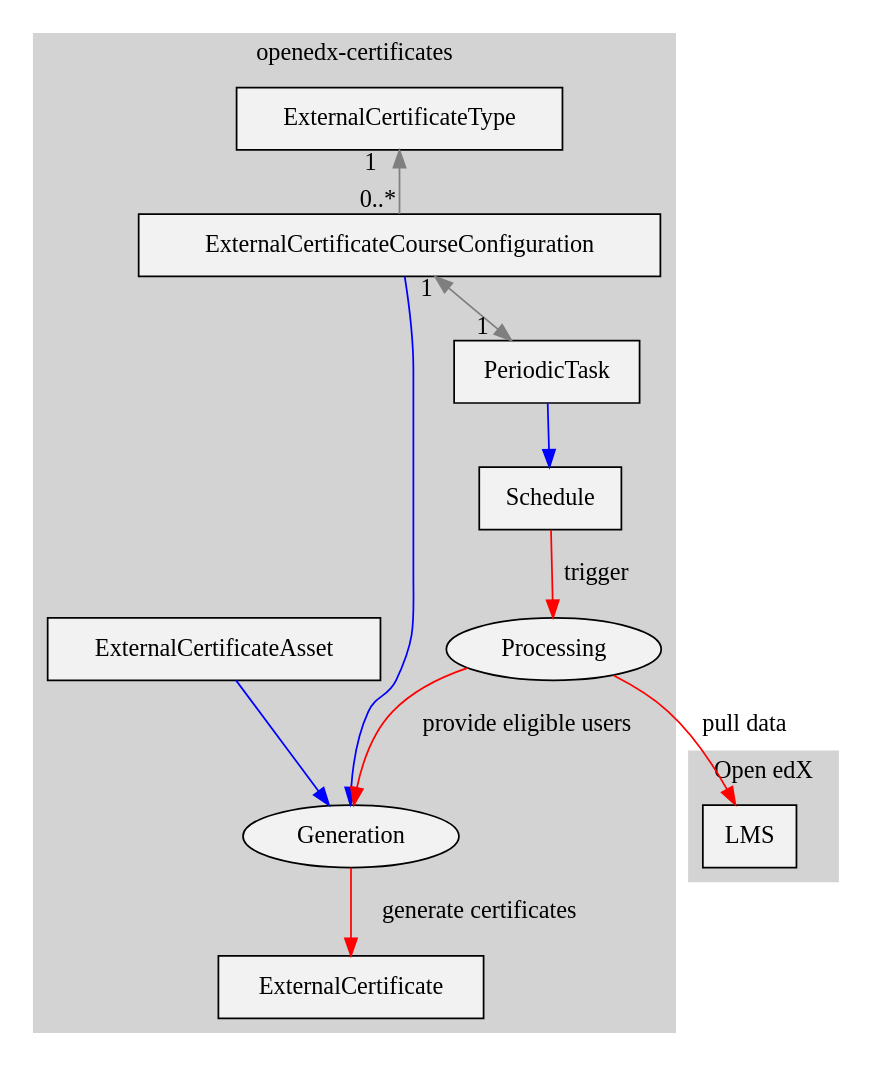
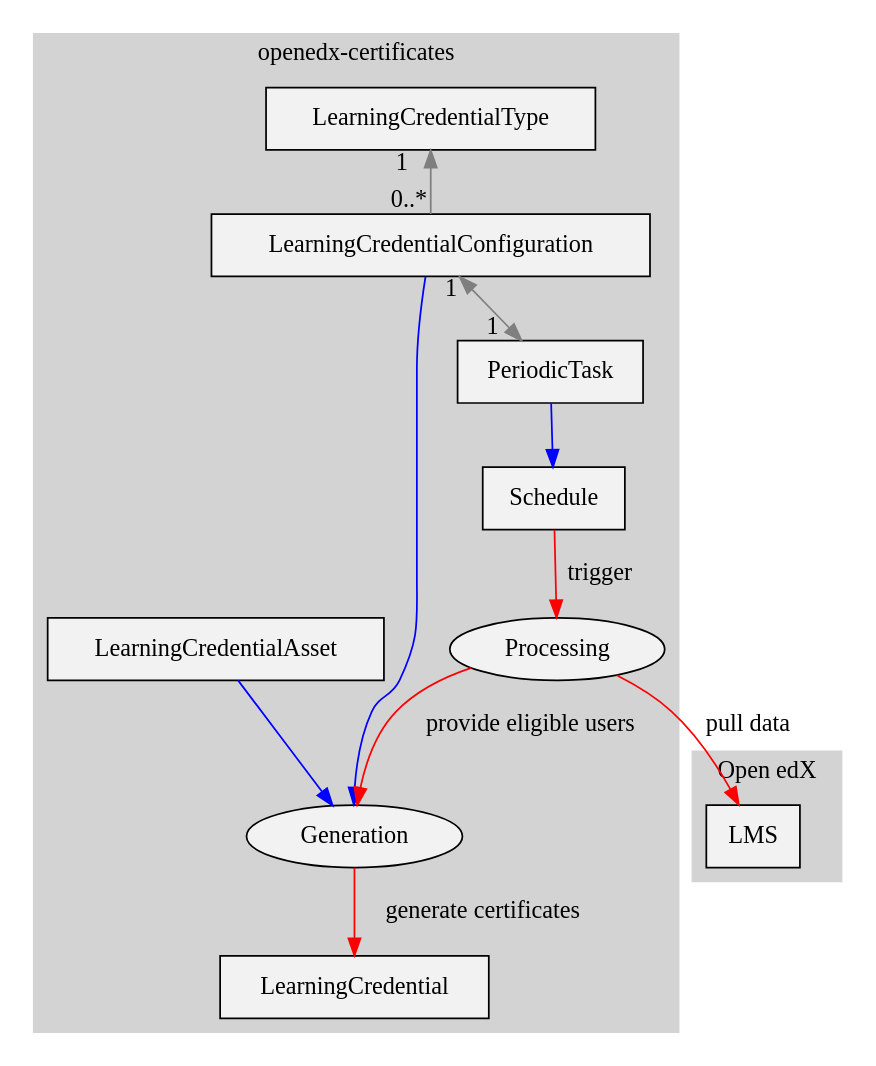
One commit to open-craft/openedx-certificates changed the diagram in docs/decisions/0002-architecture.rst. Above: the diagram before and after it, drawn with Graphviz. The commit also changed 12 other files, not shown here.

Commit message:
refactor: rename `ExternalCertificate` to `LearningCredential`

```diff
--- a/docs/decisions/0002-architecture.rst
+++ b/docs/decisions/0002-architecture.rst
@@ -41,56 +41,56 @@
 .. graphviz::
 
     digraph G {
         node [shape=box, style=filled, fillcolor=gray95]
         edge [fontcolor=black, color=black]
 
         subgraph cluster_0 {
             label = "Open edX";
             style=filled;
             color=lightgrey;
 
             // Resources
             LMS;
         }
 
         subgraph cluster_1 {
             label = "openedx-certificates";
             style=filled;
             color=lightgrey;
 
             // Resources/models
-            CertificateType [label="ExternalCertificateType"]
-            CourseConfiguration [label="ExternalCertificateCourseConfiguration"]
-            Certificate [label="ExternalCertificate"]
-            Asset [label="ExternalCertificateAsset"]
+            CertificateType [label="LearningCredentialType"]
+            Configuration [label="LearningCredentialConfiguration"]
+            Certificate [label="LearningCredential"]
+            Asset [label="LearningCredentialAsset"]
             PeriodicTask
             Schedule
 
             // Processes
             Processing [shape=ellipse]
             Generation [shape=ellipse]
 
             // DB relations
             edge [fontcolor=black, color=gray50]
-            CertificateType -> CourseConfiguration [dir=back, headlabel="0..*", taillabel="1   "]
-            CourseConfiguration -> PeriodicTask [dir=both, headlabel="1   ", taillabel="1"]
+            CertificateType -> Configuration [dir=back, headlabel="0..*", taillabel="1   "]
+            Configuration -> PeriodicTask [dir=both, headlabel="1   ", taillabel="1"]
 
             // Non-DB relations
             edge [fontcolor=black, color=blue]
-            CourseConfiguration -> Generation
+            Configuration -> Generation
             Asset -> Generation
             PeriodicTask -> Schedule
 
             // Processes
             edge [fontcolor=black, color=red]
             Schedule -> Processing [label="trigger"]
             Processing -> Generation [label="provide eligible users"]
             Generation -> Certificate [label="generate certificates"]
         }
 
 
         // Processes involving external APIs.
         edge [fontcolor=black, color=red]
         Processing -> LMS [label="pull data", dir=forward]
 
     }
```
